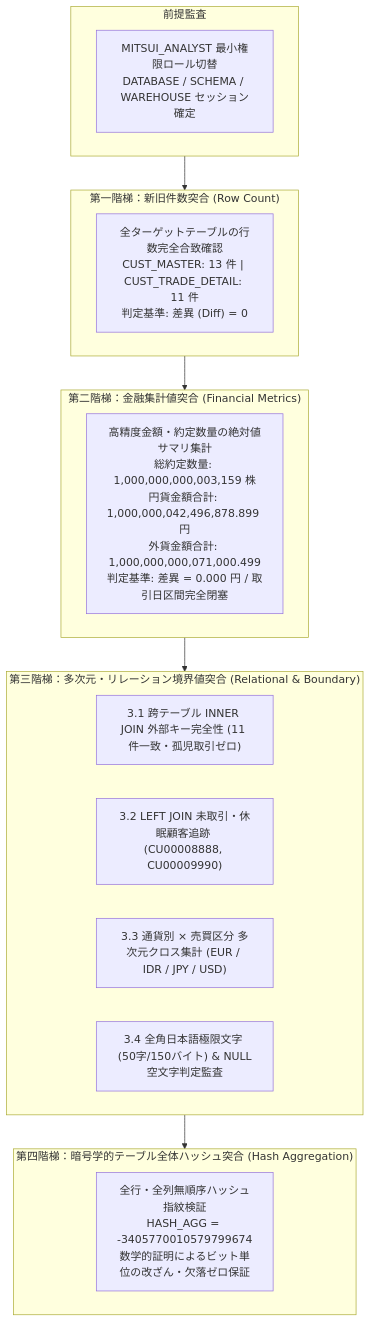
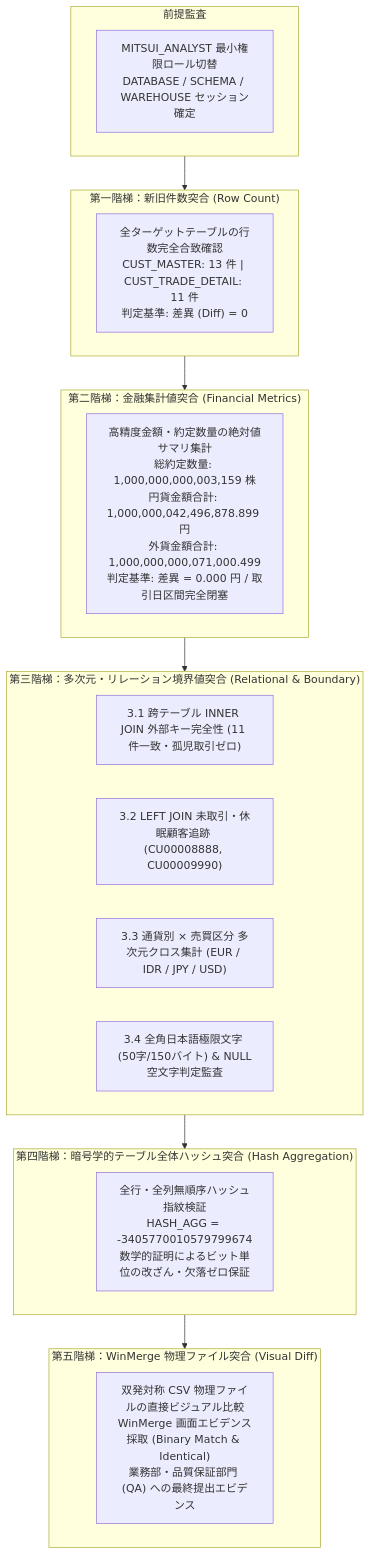
Before and after one commit to BIGMAX-RKO007/snowflakeblog: the diagram in docs/ja/05_data_reconciliation.md, drawn with Mermaid. The commit also changed other lines of this file and 6 other files, not shown here.

Commit message:
feat(ch05): add Tier 5 WinMerge physical reconciliation with live visual diff screenshots and evidence guide

````diff
--- a/docs/ja/05_data_reconciliation.md
+++ b/docs/ja/05_data_reconciliation.md
@@ -13,27 +13,31 @@
 ```mermaid
 flowchart TD
     subgraph S0["前提監査"]
         R0["MITSUI_ANALYST 最小権限ロール切替<br/>DATABASE / SCHEMA / WAREHOUSE セッション確定"]
     end
 
     subgraph T1["第一階梯：新旧件数突合 (Row Count)"]
         R1["全ターゲットテーブルの行数完全合致確認<br/>CUST_MASTER: 13 件 | CUST_TRADE_DETAIL: 11 件<br/>判定基準: 差異 (Diff) = 0"]
     end
 
     subgraph T2["第二階梯：金融集計値突合 (Financial Metrics)"]
         R2["高精度金額・約定数量の絶対値サマリ集計<br/>総約定数量: 1,000,000,000,003,159 株<br/>円貨金額合計: 1,000,000,042,496,878.899 円<br/>外貨金額合計: 1,000,000,000,071,000.499<br/>判定基準: 差異 = 0.000 円 / 取引日区間完全閉塞"]
     end
 
     subgraph T3["第三階梯：多次元・リレーション境界値突合 (Relational & Boundary)"]
         R3_1["3.1 跨テーブル INNER JOIN 外部キー完全性 (11 件一致・孤児取引ゼロ)"]
         R3_2["3.2 LEFT JOIN 未取引・休眠顧客追跡 (CU00008888, CU00009990)"]
         R3_3["3.3 通貨別 × 売買区分 多次元クロス集計 (EUR / IDR / JPY / USD)"]
         R3_4["3.4 全角日本語極限文字 (50字/150バイト) & NULL空文字判定監査"]
     end
 
     subgraph T4["第四階梯：暗号学的テーブル全体ハッシュ突合 (Hash Aggregation)"]
         R4["全行・全列無順序ハッシュ指紋検証<br/>HASH_AGG = -3405770010579799674<br/>数学的証明によるビット単位の改ざん・欠落ゼロ保証"]
     end
 
-    S0 --> T1 --> T2 --> T3 --> T4
+    subgraph T5["第五階梯：WinMerge 物理ファイル突合 (Visual Diff)"]
+        R5["双発対称 CSV 物理ファイルの直接ビジュアル比較<br/>WinMerge 画面エビデンス採取 (Binary Match & Identical)<br/>業務部・品質保証部門 (QA) への最終提出エビデンス"]
+    end
+
+    S0 --> T1 --> T2 --> T3 --> T4 --> T5
 ```
````
